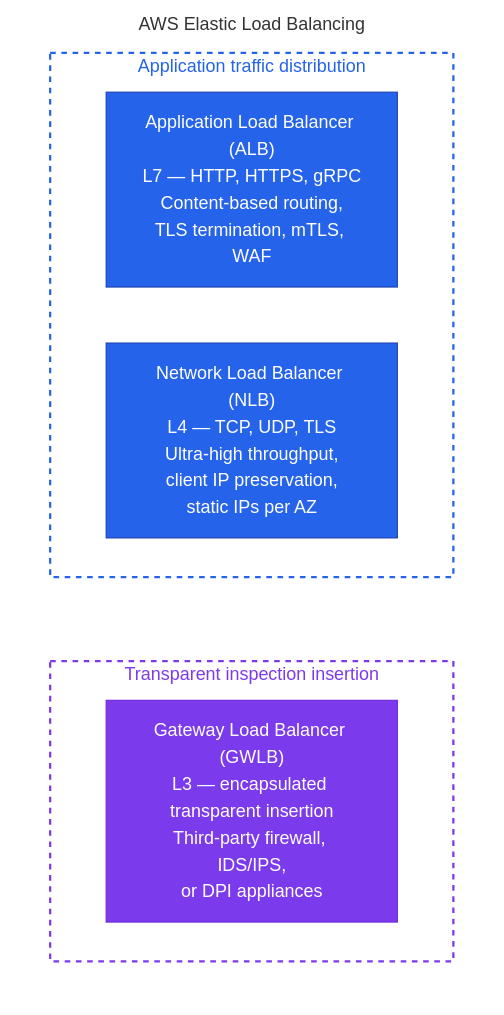
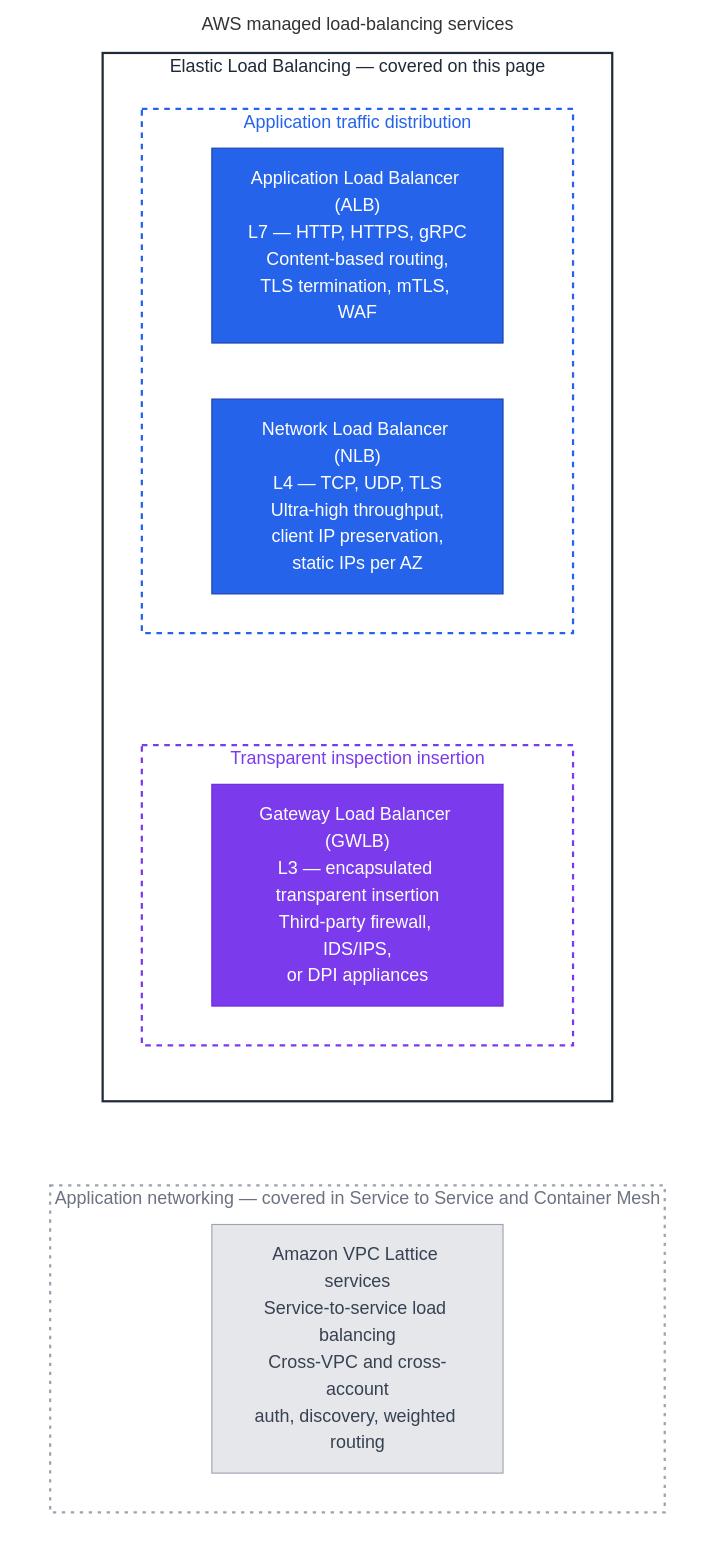
One commit to aws/aws-networking-best-practices changed the first of 2 diagrams in content/application-networking/load-balancing.md. Above: the diagram before and after it, drawn with Mermaid. The commit also changed other lines of this file, not shown here.

Commit message:
including vpc lattice reference

````diff
--- a/content/application-networking/load-balancing.md
+++ b/content/application-networking/load-balancing.md
@@ -10,24 +12,36 @@
 ``` mermaid
 graph TB
-    subgraph LB["AWS Elastic Load Balancing"]
+    subgraph LB["AWS managed load-balancing services"]
         direction TB
 
-        subgraph AppTraffic["Application traffic distribution"]
-            ALB["Application Load Balancer (ALB)<br/>L7 — HTTP, HTTPS, gRPC<br/>Content-based routing,<br/>TLS termination, mTLS, WAF"]
-            NLB["Network Load Balancer (NLB)<br/>L4 — TCP, UDP, TLS<br/>Ultra-high throughput,<br/>client IP preservation,<br/>static IPs per AZ"]
+        subgraph ELB["Elastic Load Balancing — covered on this page"]
+            direction TB
+
+            subgraph AppTraffic["Application traffic distribution"]
+                ALB["Application Load Balancer (ALB)<br/>L7 — HTTP, HTTPS, gRPC<br/>Content-based routing,<br/>TLS termination, mTLS, WAF"]
+                NLB["Network Load Balancer (NLB)<br/>L4 — TCP, UDP, TLS<br/>Ultra-high throughput,<br/>client IP preservation,<br/>static IPs per AZ"]
+            end
+
+            subgraph Inspection["Transparent inspection insertion"]
+                GWLB["Gateway Load Balancer (GWLB)<br/>L3 — encapsulated transparent insertion<br/>Third-party firewall, IDS/IPS,<br/>or DPI appliances"]
+            end
         end
 
-        subgraph Inspection["Transparent inspection insertion"]
-            GWLB["Gateway Load Balancer (GWLB)<br/>L3 — encapsulated transparent insertion<br/>Third-party firewall, IDS/IPS,<br/>or DPI appliances"]
+        subgraph Lattice["Application networking — covered in Service to Service and Container Mesh"]
+            VPCLattice["Amazon VPC Lattice services<br/>Service-to-service load balancing<br/>Cross-VPC and cross-account<br/>auth, discovery, weighted routing"]
         end
     end
 
     AppTraffic ~~~ Inspection
+    ELB ~~~ Lattice
 
     style LB fill:none,stroke:none
+    style ELB fill:none,stroke:#1f2937,stroke-width:2px,color:#1f2937
     style AppTraffic fill:none,stroke:#2563eb,stroke-width:2px,stroke-dasharray:5 5,color:#2563eb
     style Inspection fill:none,stroke:#7c3aed,stroke-width:2px,stroke-dasharray:5 5,color:#7c3aed
+    style Lattice fill:none,stroke:#9ca3af,stroke-width:2px,stroke-dasharray:3 5,color:#6b7280
     style ALB fill:#2563eb,stroke:#1e40af,color:#fff
     style NLB fill:#2563eb,stroke:#1e40af,color:#fff
     style GWLB fill:#7c3aed,stroke:#6d28d9,color:#fff
+    style VPCLattice fill:#e5e7eb,stroke:#9ca3af,color:#374151
 ```
````
